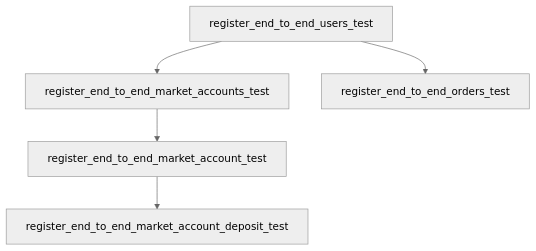
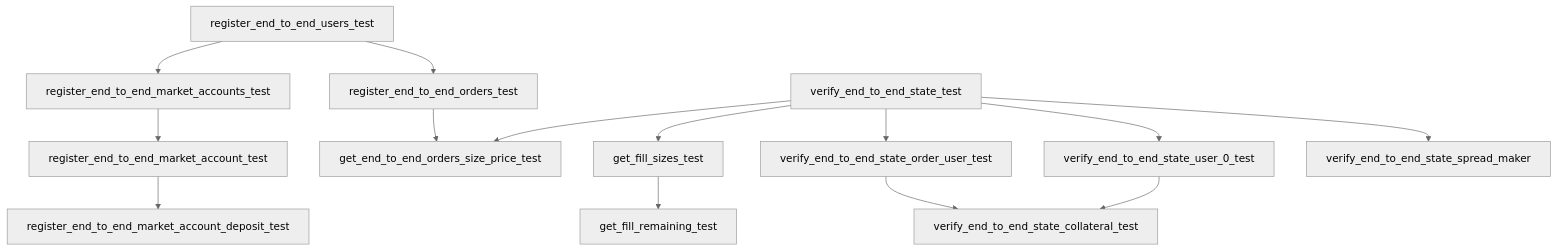
Before and after one commit to econia-labs/econia: the fourth of 4 diagrams in src/move/econia/dependencies.md, drawn with Mermaid (neutral theme). The commit also changed 2 other files, not shown here.

Commit message:
Add post-match verification funcs

````diff
--- a/src/move/econia/dependencies.md
+++ b/src/move/econia/dependencies.md
@@ -157,10 +157,20 @@
 ```mermaid
 
 flowchart TD
 
     register_end_to_end_users_test --> register_end_to_end_market_accounts_test
     register_end_to_end_users_test --> register_end_to_end_orders_test
     register_end_to_end_market_accounts_test --> register_end_to_end_market_account_test
     register_end_to_end_market_account_test --> register_end_to_end_market_account_deposit_test
+    register_end_to_end_orders_test --> get_end_to_end_orders_size_price_test
+
+    verify_end_to_end_state_test --> get_end_to_end_orders_size_price_test
+    verify_end_to_end_state_test --> get_fill_sizes_test
+    get_fill_sizes_test --> get_fill_remaining_test
+    verify_end_to_end_state_test --> verify_end_to_end_state_order_user_test
+    verify_end_to_end_state_test --> verify_end_to_end_state_user_0_test
+    verify_end_to_end_state_order_user_test --> verify_end_to_end_state_collateral_test
+    verify_end_to_end_state_user_0_test --> verify_end_to_end_state_collateral_test
+    verify_end_to_end_state_test --> verify_end_to_end_state_spread_maker
 
 ```
````
